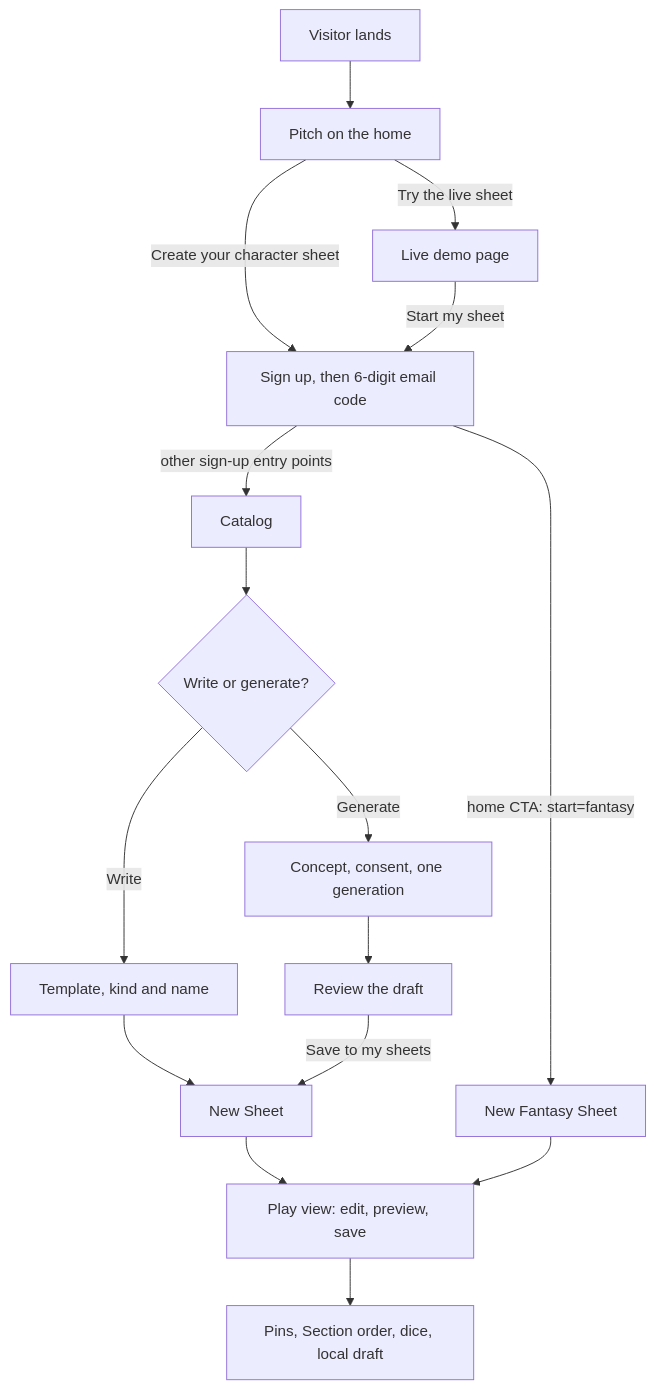
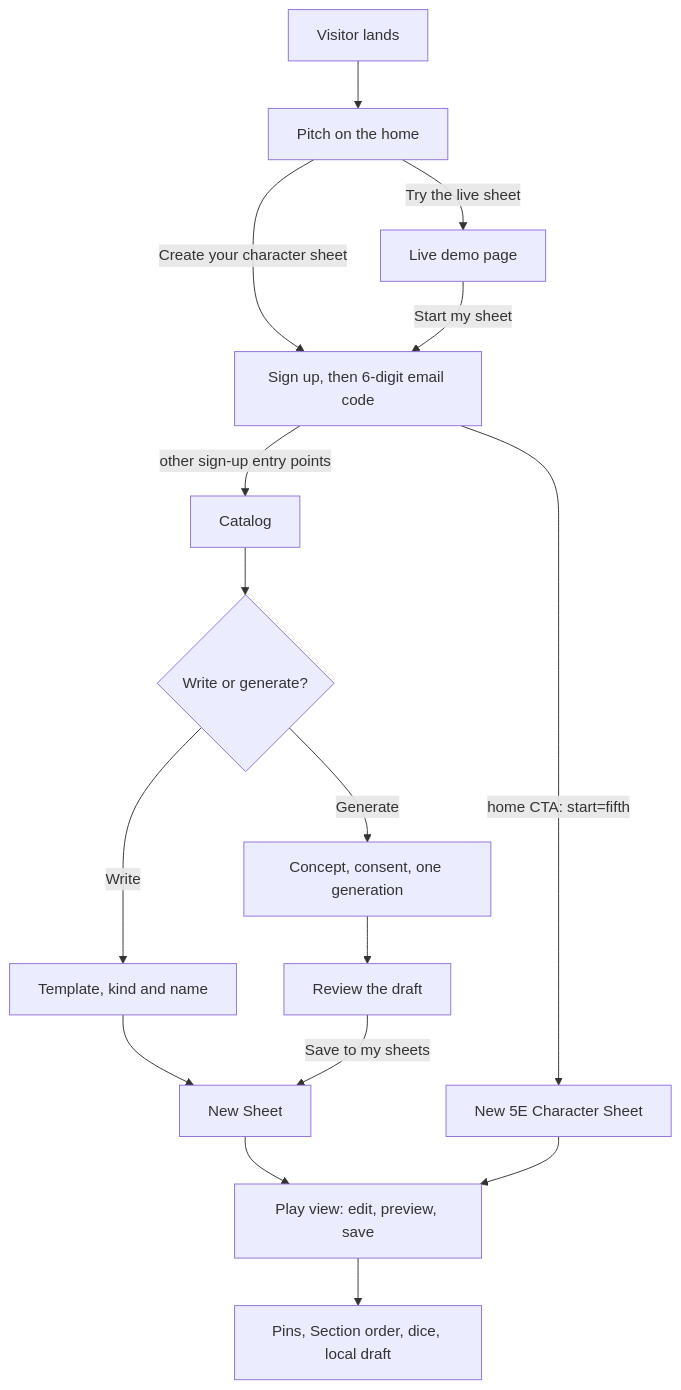
The first of 2 diagrams in context/product.md (paulo-valleriote/legnaris), drawn with Mermaid before and after one commit. The commit also changed other lines of this file and 4 other files, not shown here.

````diff
--- a/context/product.md
+++ b/context/product.md
@@ -73,18 +70,18 @@
 ```mermaid
 flowchart TD
   A[Visitor lands] --> B[Pitch on the home]
   B -->|Try the live sheet| L[Live demo page]
   B -->|Create your character sheet| C[Sign up, then 6-digit email code]
   L -->|Start my sheet| C
-  C -->|home CTA: start=fantasy| N[New Fantasy Sheet]
+  C -->|home CTA: start=fifth| N[New 5E Character Sheet]
   C -->|other sign-up entry points| D[Catalog]
   D --> E{Write or generate?}
   E -->|Write| F[Template, kind and name]
   E -->|Generate| G[Concept, consent, one generation]
   G --> H[Review the draft]
   F --> I[New Sheet]
   H -->|Save to my sheets| I
   I --> J[Play view: edit, preview, save]
   N --> J
   J --> K[Pins, Section order, dice, local draft]
 ```
````
